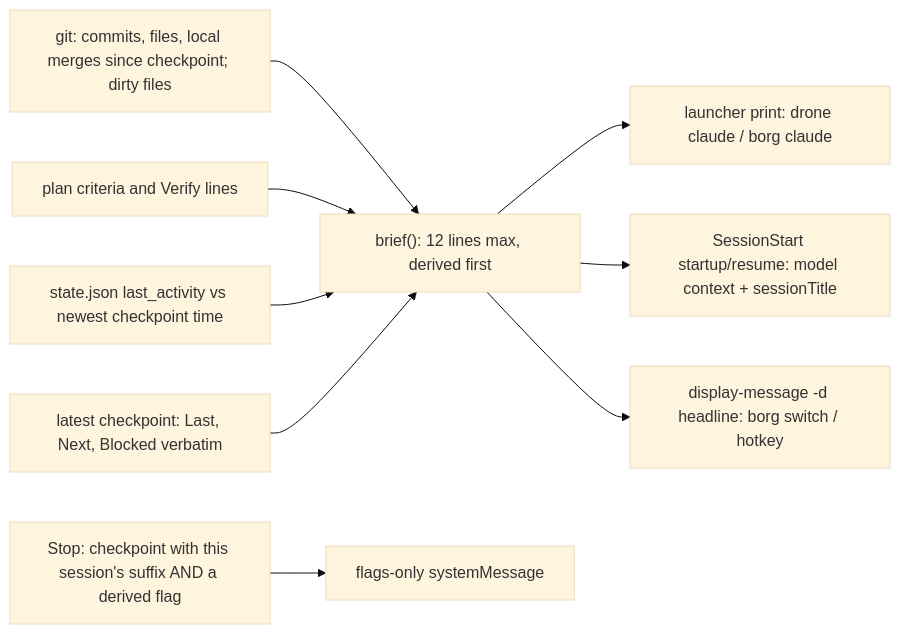
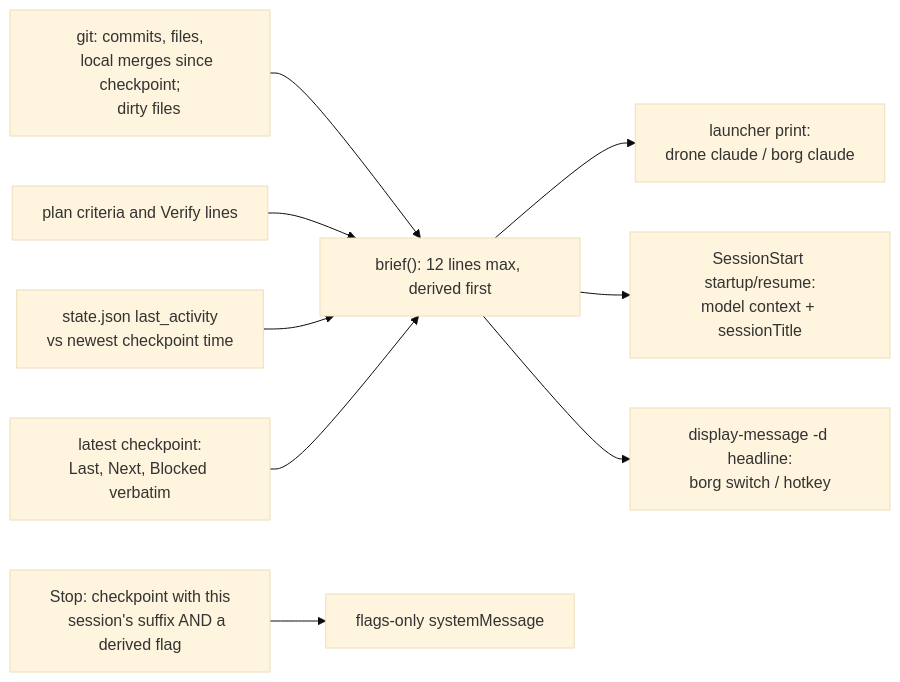
The fifth of 5 diagrams in docs/research/2026-10-03-cheat-sheet-design/recommendation.md (noah-goodrich/borg-collective), drawn with Mermaid (base theme) before and after one commit. The commit also changed other lines of this file and 2 other files, not shown here.

````diff
--- a/docs/research/2026-10-03-cheat-sheet-design/recommendation.md
+++ b/docs/research/2026-10-03-cheat-sheet-design/recommendation.md
@@ -277,11 +351,24 @@
 ```mermaid
 flowchart LR
-    git["git: commits, files, local merges since checkpoint; dirty files"] --> b["brief(): 12 lines max, derived first"]
-    plan["plan criteria and Verify lines"] --> b
-    st["state.json last_activity vs newest checkpoint time"] --> b
-    ck["latest checkpoint: Last, Next, Blocked verbatim"] --> b
-    b --> pr["launcher print: drone claude / borg claude"]
-    b --> ss["SessionStart startup/resume: model context + sessionTitle"]
-    b --> hk["display-message -d headline: borg switch / hotkey"]
-    wr["Stop: checkpoint with this session's suffix AND a derived flag"] --> rb["flags-only systemMessage"]
+    git["git: commits, files,
+    local merges since checkpoint;
+    dirty files"]
+    b["brief(): 12 lines max, derived first"]
+    plan["plan criteria and Verify lines"]
+    st["state.json last_activity<br/>vs newest checkpoint time"]
+    ck["latest checkpoint:<br/>Last, Next, Blocked verbatim"]
+    pr["launcher print:<br/>drone claude / borg claude"]
+    ss["SessionStart startup/resume:<br/>model context + sessionTitle"]
+    hk["display-message -d headline:<br/>borg switch / hotkey"]
+    wr["Stop: checkpoint with this
+    session's suffix AND a derived flag"]
+    rb["flags-only systemMessage"]
+    git --> b
+    plan --> b
+    st --> b
+    ck --> b
+    b --> pr
+    b --> ss
+    b --> hk
+    wr --> rb
 ```
````
